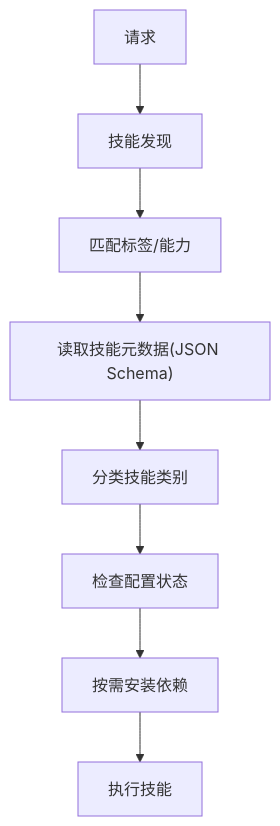
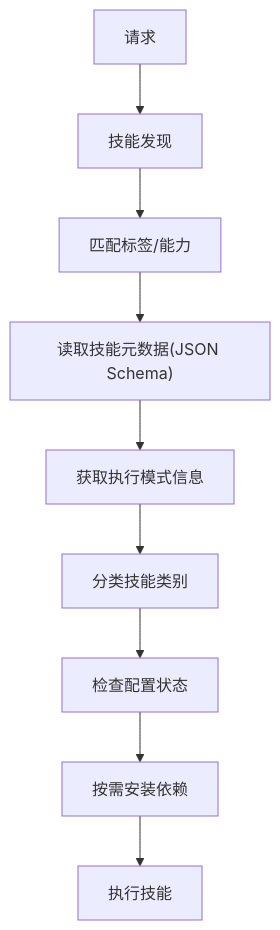
Before and after one commit to zhangdahai112/LocalManus: diagram 12 of 14 in .qoder/repowiki/zh/content/技能管理系统/技能管理系统.md, drawn with Mermaid. The commit also changed other lines of this file and 19 other files, not shown here.

````diff
--- a/.qoder/repowiki/zh/content/技能管理系统/技能管理系统.md
+++ b/.qoder/repowiki/zh/content/技能管理系统/技能管理系统.md
@@ -544,10 +566,11 @@
 ```mermaid
 flowchart TD
 REQ["请求"] --> DISC["技能发现"]
 DISC --> MATCH["匹配标签/能力"]
 MATCH --> META["读取技能元数据(JSON Schema)"]
-META --> CAT["分类技能类别"]
+META --> MODES["获取执行模式信息"]
+MODES --> CAT["分类技能类别"]
 CAT --> CONFIG["检查配置状态"]
 CONFIG --> INSTALL["按需安装依赖"]
 INSTALL --> EXEC["执行技能"]
 ```
````
